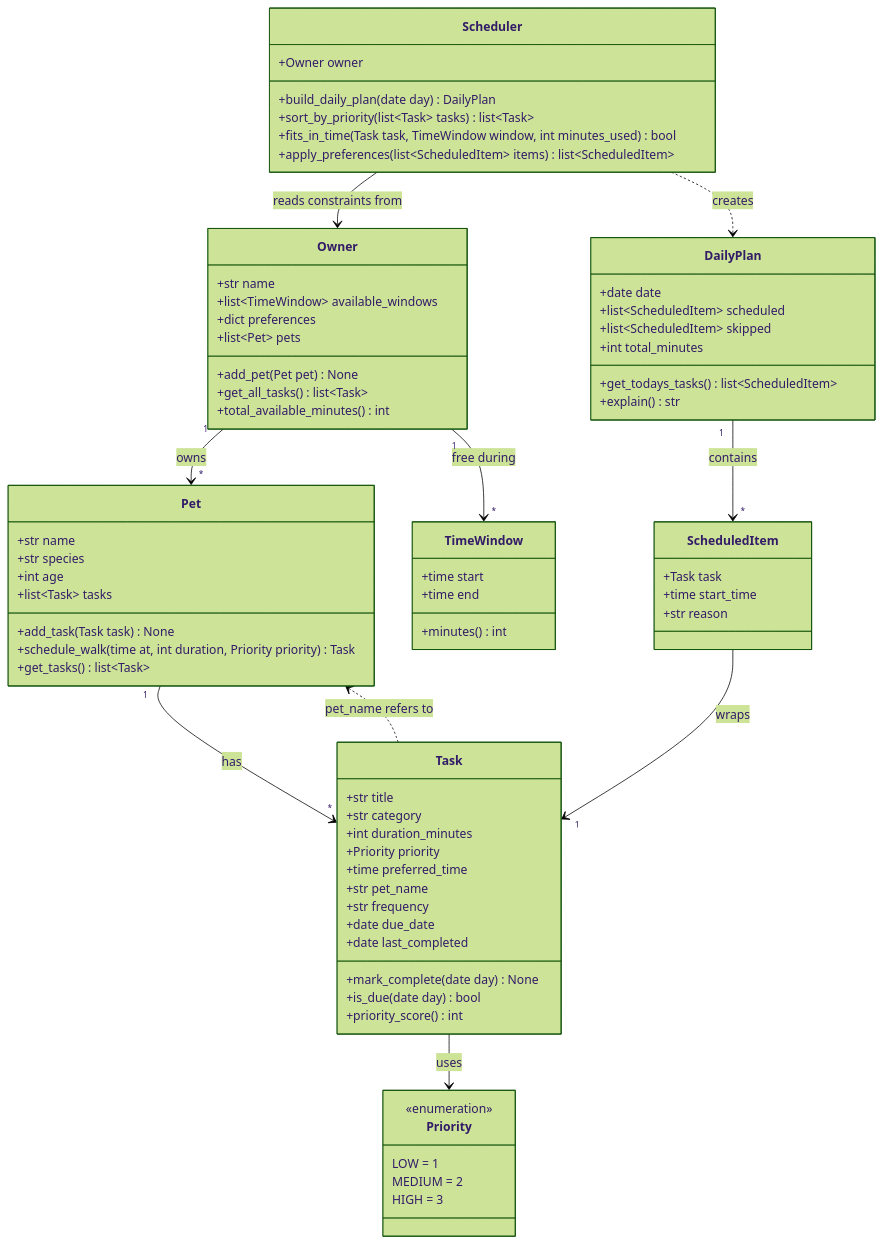
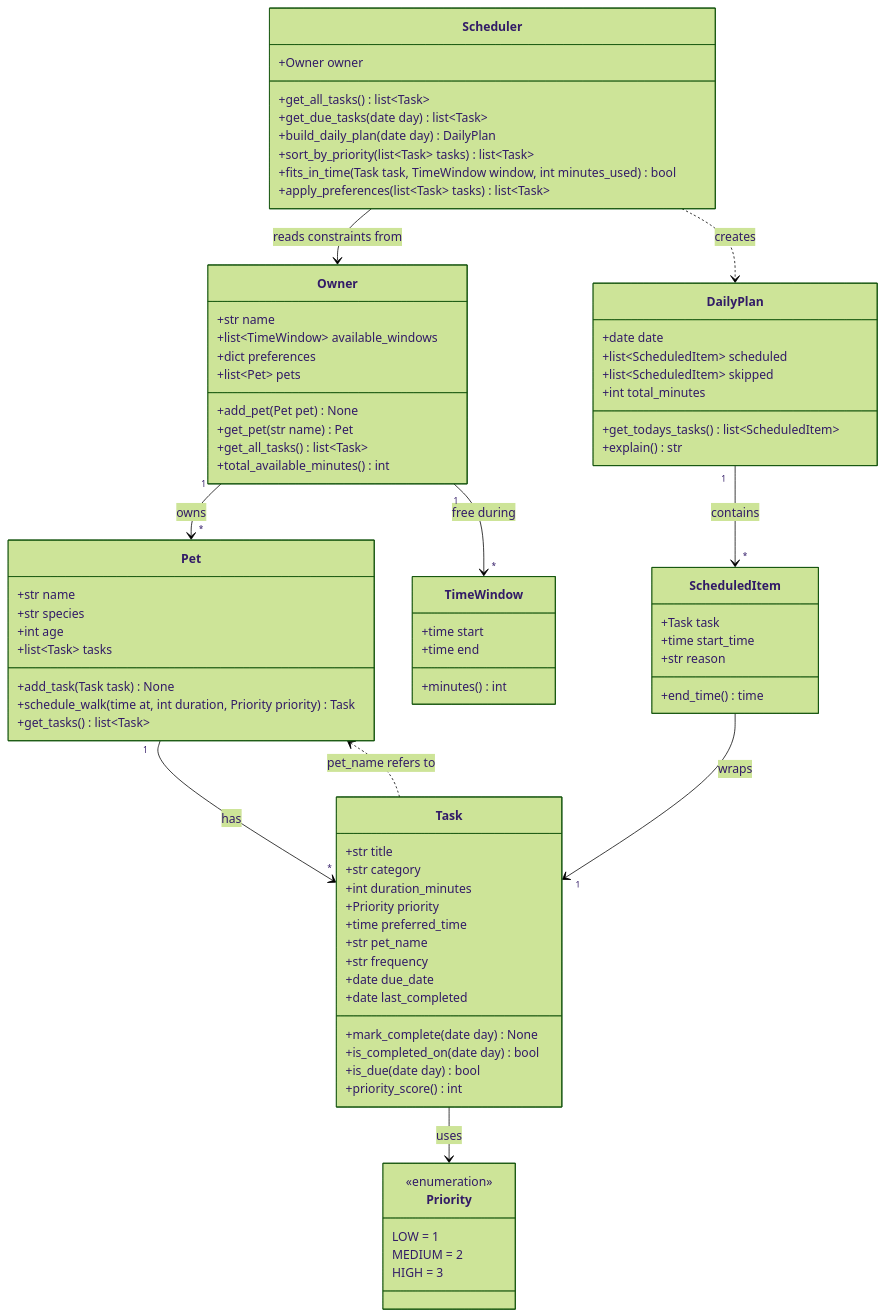
Before and after one commit to BronsonChow/ai110-module2show-pawpal-starter: the diagram in diagrams/uml.mmd, drawn with Mermaid (forest theme). The commit also changed 2 other files, not shown here.

```diff
--- a/diagrams/uml.mmd
+++ b/diagrams/uml.mmd
@@ -1,85 +1,90 @@
 classDiagram
     %% PawPal+ design
     %% Core actions: add a pet (Owner), schedule a walk / any task (Pet + Task),
     %% see today's tasks (Scheduler -> DailyPlan)
 
     class Priority {
         <<enumeration>>
         LOW = 1
         MEDIUM = 2
         HIGH = 3
     }
 
     class TimeWindow {
         +time start
         +time end
         +minutes() int
     }
 
     class Owner {
         +str name
         +list~TimeWindow~ available_windows
         +dict preferences
         +list~Pet~ pets
         +add_pet(Pet pet) None
+        +get_pet(str name) Pet
         +get_all_tasks() list~Task~
         +total_available_minutes() int
     }
 
     class Pet {
         +str name
         +str species
         +int age
         +list~Task~ tasks
         +add_task(Task task) None
         +schedule_walk(time at, int duration, Priority priority) Task
         +get_tasks() list~Task~
     }
 
     class Task {
         +str title
         +str category
         +int duration_minutes
         +Priority priority
         +time preferred_time
         +str pet_name
         +str frequency
         +date due_date
         +date last_completed
         +mark_complete(date day) None
+        +is_completed_on(date day) bool
         +is_due(date day) bool
         +priority_score() int
     }
 
     class Scheduler {
         +Owner owner
+        +get_all_tasks() list~Task~
+        +get_due_tasks(date day) list~Task~
         +build_daily_plan(date day) DailyPlan
         +sort_by_priority(list~Task~ tasks) list~Task~
         +fits_in_time(Task task, TimeWindow window, int minutes_used) bool
-        +apply_preferences(list~ScheduledItem~ items) list~ScheduledItem~
+        +apply_preferences(list~Task~ tasks) list~Task~
     }
 
     class ScheduledItem {
         +Task task
         +time start_time
         +str reason
+        +end_time() time
     }
 
     class DailyPlan {
         +date date
         +list~ScheduledItem~ scheduled
         +list~ScheduledItem~ skipped
         +int total_minutes
         +get_todays_tasks() list~ScheduledItem~
         +explain() str
     }
 
     Owner "1" --> "*" Pet : owns
     Owner "1" --> "*" TimeWindow : free during
     Pet "1" --> "*" Task : has
     Task --> Priority : uses
     Task ..> Pet : pet_name refers to
     Scheduler --> Owner : reads constraints from
     Scheduler ..> DailyPlan : creates
     DailyPlan "1" --> "*" ScheduledItem : contains
     ScheduledItem --> "1" Task : wraps
```
